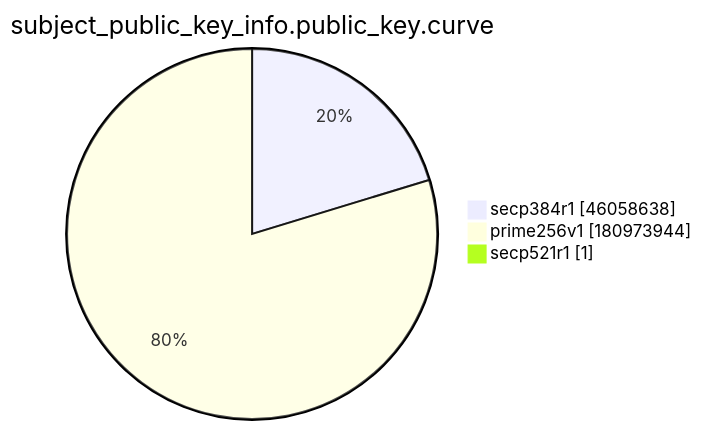
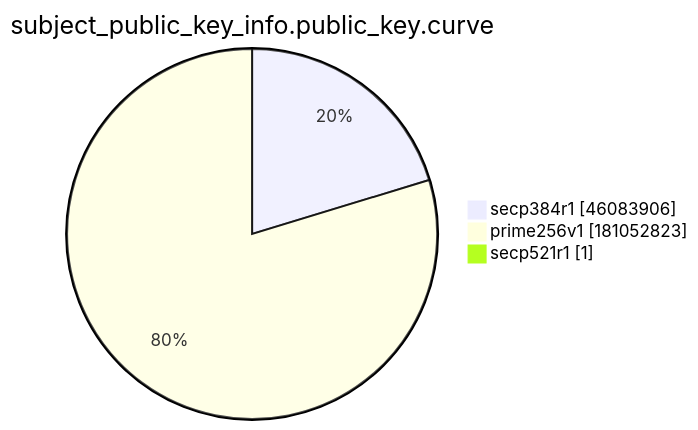
The ninth of 15 diagrams in xenon2022/README.md (christiankrug/ctmonitor_visualization), drawn with Mermaid before and after one commit. The commit also changed other lines of this file, not shown here.

````diff
--- a/xenon2022/README.md
+++ b/xenon2022/README.md
@@ -2874,7 +2874,7 @@
 ```mermaid
 pie showData
 title subject_public_key_info.public_key.curve
-"secp384r1" :46058638
-"prime256v1" :180973944
+"secp384r1" :46083906
+"prime256v1" :181052823
 "secp521r1" :1
 ```
````
